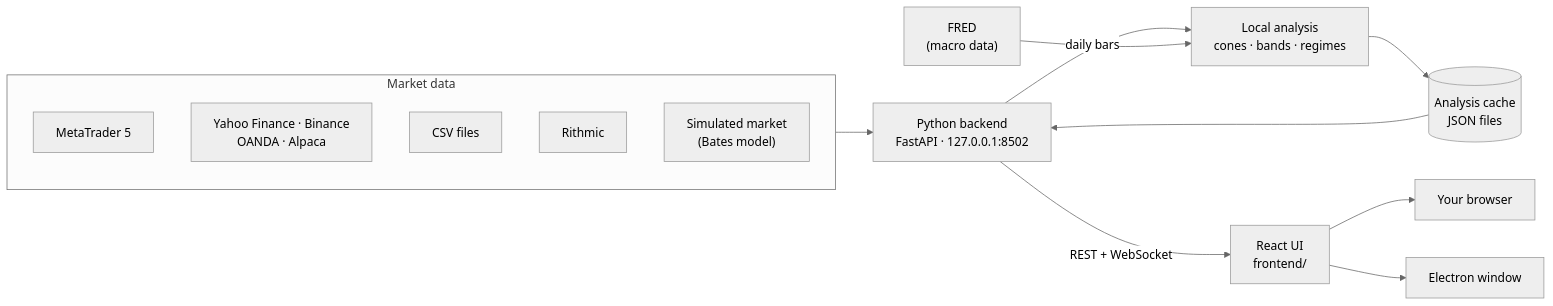
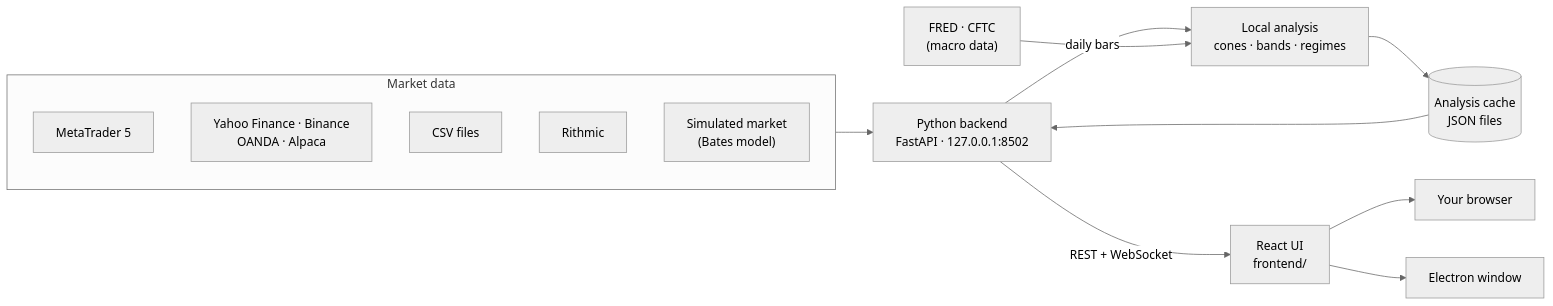
The diagram in README.md (wJubran/QuantumTerminal), drawn with Mermaid (neutral theme) before and after one commit. The commit also changed other lines of this file and 16 other files, not shown here.

First line of the commit message:
feat: the FUNDAMENTAL page from free public data (FRED, CFTC)

````diff
--- a/README.md
+++ b/README.md
@@ -448,19 +467,19 @@
 ```mermaid
 flowchart LR
     subgraph feeds["Market data"]
         MT5["MetaTrader 5"]
         NET["Yahoo Finance · Binance<br/>OANDA · Alpaca"]
         CSV["CSV files"]
         RITH["Rithmic"]
         SIM["Simulated market<br/>(Bates model)"]
     end
     CACHE[("Analysis cache<br/>JSON files")]
     feeds --> API["Python backend<br/>FastAPI · 127.0.0.1:8502"]
     API -- "daily bars" --> ENGINE["Local analysis<br/>cones · bands · regimes"]
-    FRED["FRED<br/>(macro data)"] --> ENGINE
+    FRED["FRED · CFTC<br/>(macro data)"] --> ENGINE
     ENGINE --> CACHE
     CACHE --> API
     API -- "REST + WebSocket" --> UI["React UI<br/>frontend/"]
     UI --> BROWSER["Your browser"]
     UI --> ELECTRON["Electron window"]
 ```
````
